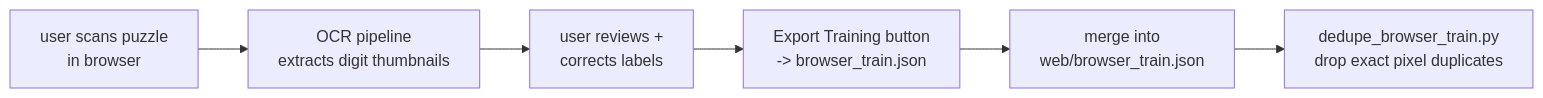
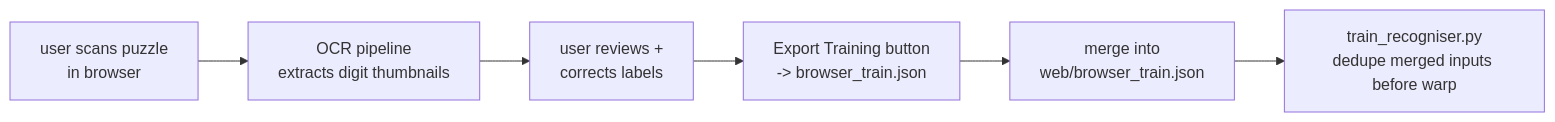
One commit to gbarrett28/cagedoku changed the ninth of 10 diagrams in docs/image-pipeline.md. Above: the diagram before and after it, drawn with Mermaid. The commit also changed other lines of this file and 11 other files, not shown here.

````diff
--- a/docs/image-pipeline.md
+++ b/docs/image-pipeline.md
@@ -571,8 +572,8 @@
 ```mermaid
 flowchart LR
     A[user scans puzzle\nin browser] --> B[OCR pipeline\nextracts digit thumbnails]
     B --> C[user reviews +\ncorrects labels]
     C --> D[Export Training button\n-> browser_train.json]
     D --> E[merge into\nweb/browser_train.json]
-    E --> F[dedupe_browser_train.py\ndrop exact pixel duplicates]
+    E --> F[train_recogniser.py\ndedupe merged inputs before warp]
 ```
````
